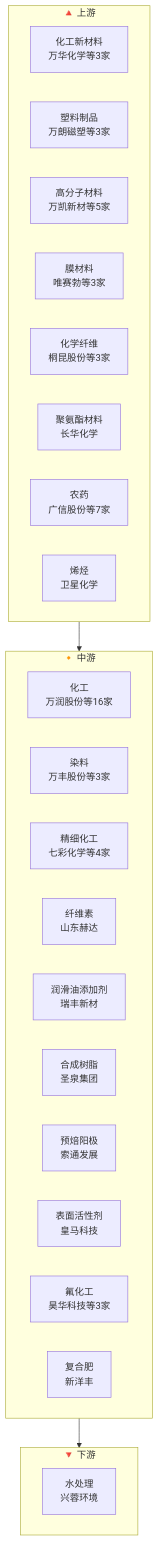
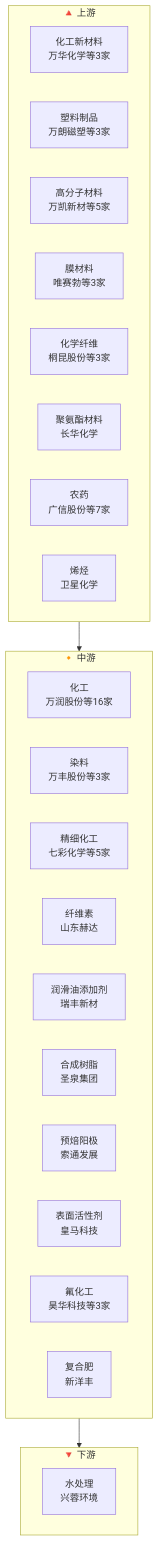
Before and after one commit to zhangbo1882/open-industry: the diagram in industry/wiki/industries/基础化工产业链.md, drawn with Mermaid. The commit also changed other lines of this file and 108 other files, not shown here.

````diff
--- a/industry/wiki/industries/基础化工产业链.md
+++ b/industry/wiki/industries/基础化工产业链.md
@@ -17,30 +17,30 @@
 ```mermaid
 flowchart TB
     subgraph upstream["🔺 上游"]
         化工新材料["化工新材料<br/>万华化学等3家"]
         塑料制品["塑料制品<br/>万朗磁塑等3家"]
         高分子材料["高分子材料<br/>万凯新材等5家"]
         膜材料["膜材料<br/>唯赛勃等3家"]
         化学纤维["化学纤维<br/>桐昆股份等3家"]
         聚氨酯材料["聚氨酯材料<br/>长华化学"]
         农药["农药<br/>广信股份等7家"]
         烯烃["烯烃<br/>卫星化学"]
     end
     subgraph midstream["🔸 中游"]
         化工["化工<br/>万润股份等16家"]
         染料["染料<br/>万丰股份等3家"]
-        精细化工["精细化工<br/>七彩化学等4家"]
+        精细化工["精细化工<br/>七彩化学等5家"]
         纤维素["纤维素<br/>山东赫达"]
         润滑油添加剂["润滑油添加剂<br/>瑞丰新材"]
         合成树脂["合成树脂<br/>圣泉集团"]
         预焙阳极["预焙阳极<br/>索通发展"]
         表面活性剂["表面活性剂<br/>皇马科技"]
         氟化工["氟化工<br/>昊华科技等3家"]
         复合肥["复合肥<br/>新洋丰"]
     end
     subgraph downstream["🔻 下游"]
         水处理["水处理<br/>兴蓉环境"]
     end
     upstream --> midstream
     midstream --> downstream
 ```
````
